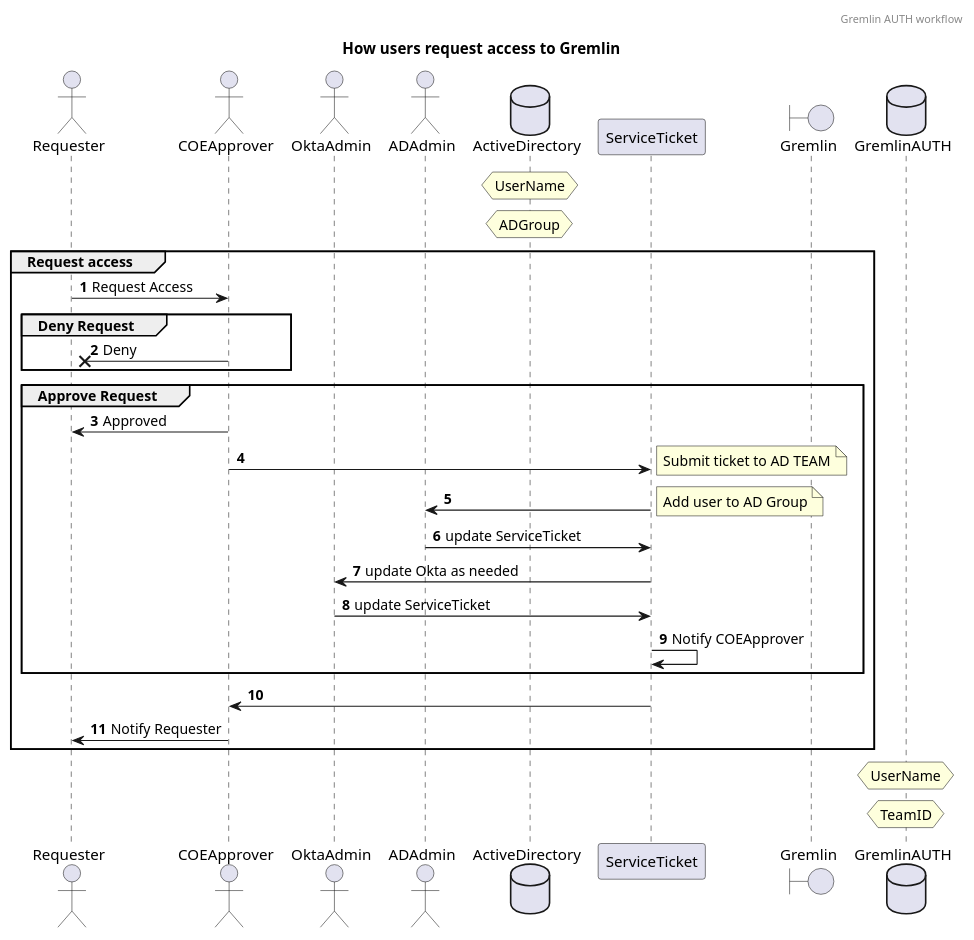
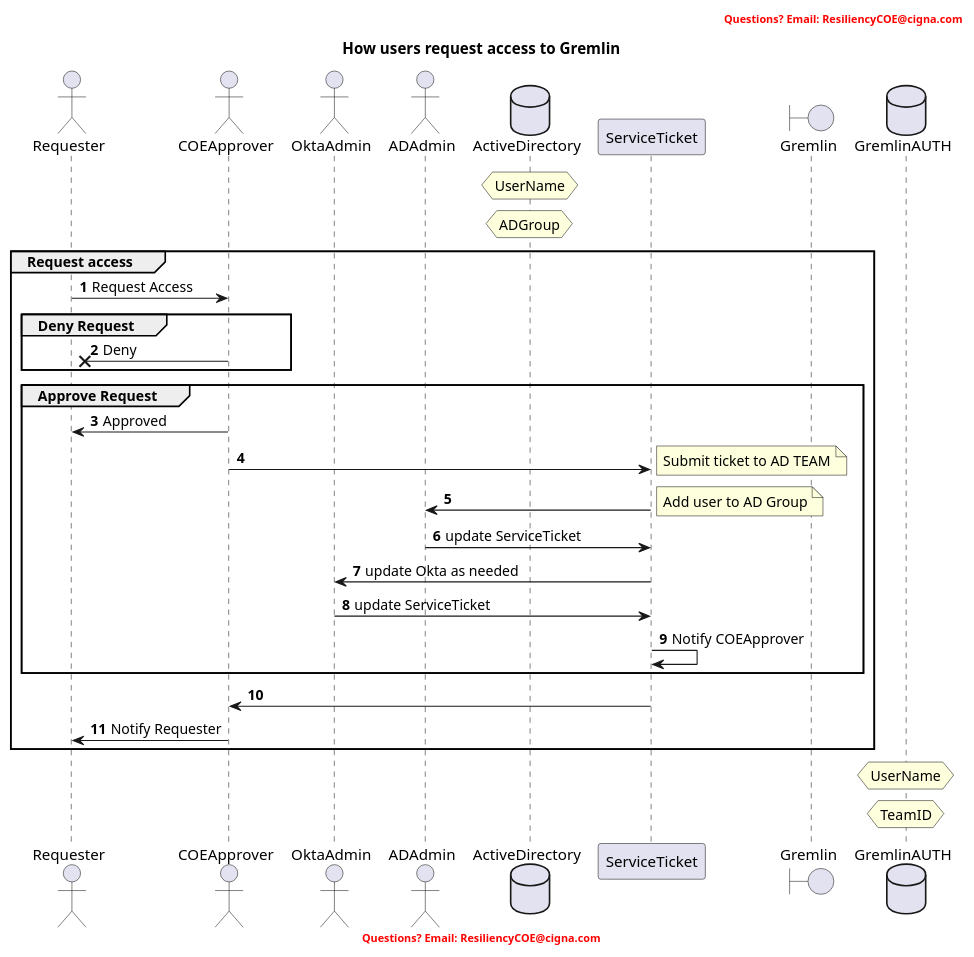
Before and after one commit to lindison/plantuml_stuff: the diagram in Gremlin/Gremlin_Auth.puml, drawn with PlantUML. The commit also changed 5 other files, not shown here.

```diff
--- a/Gremlin/Gremlin_Auth.puml
+++ b/Gremlin/Gremlin_Auth.puml
@@ -1,41 +1,52 @@
 @startuml
 
-header Gremlin AUTH workflow 
+' TA4424702 - AUTH for Resiliency COE
+' 02/23/2021 
+' Assumptions: 
+' // Interal Support: COETeam
+' // Application support: Application team 
+' // External Support, esculation from COETeam: Gremlin
+' // DRAFT // Pending Review 
+
+header "<font color=red><b>Questions? Email: ResiliencyCOE@cigna.com"
+
 title How users request access to Gremlin
 autonumber
 actor Requester
 actor COEApprover 
 actor OktaAdmin
 actor ADAdmin
 
 database ActiveDirectory
 hnote over ActiveDirectory: UserName
 hnote over ActiveDirectory: ADGroup
 
 group Request access
     Requester -> COEApprover: Request Access
     group Deny Request
         COEApprover->x Requester: Deny
     end
     group Approve Request
         COEApprover -> Requester: Approved
         COEApprover -> ServiceTicket
         note right: Submit ticket to AD TEAM
         ServiceTicket -> ADAdmin
         note right: Add user to AD Group
         ADAdmin -> ServiceTicket: update ServiceTicket
         ServiceTicket -> OktaAdmin: update Okta as needed
         OktaAdmin -> ServiceTicket: update ServiceTicket
         ServiceTicket -> ServiceTicket: Notify COEApprover
     end
     ServiceTicket -> COEApprover
     COEApprover -> Requester: Notify Requester 
 
 end
 
 boundary Gremlin
 database GremlinAUTH
 hnote over GremlinAUTH: UserName
 hnote over GremlinAUTH: TeamID
 
+footer "<font color=red><b>Questions? Email: ResiliencyCOE@cigna.com"
+
 @enduml
```
